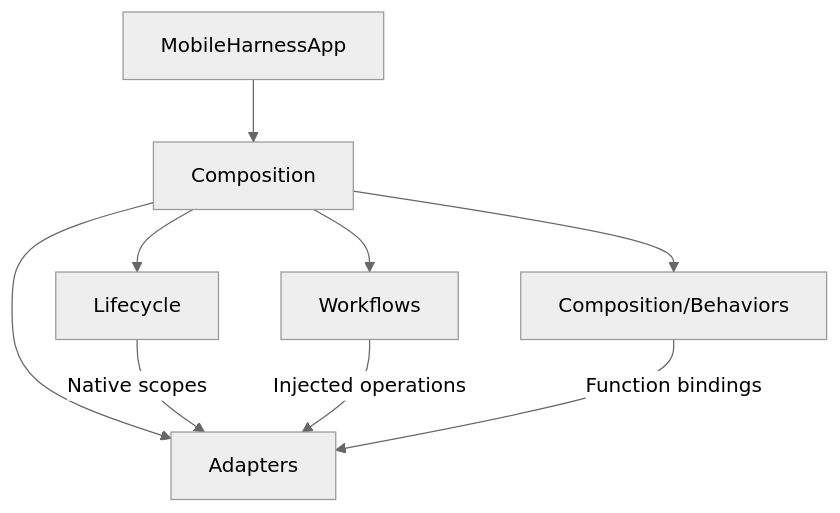
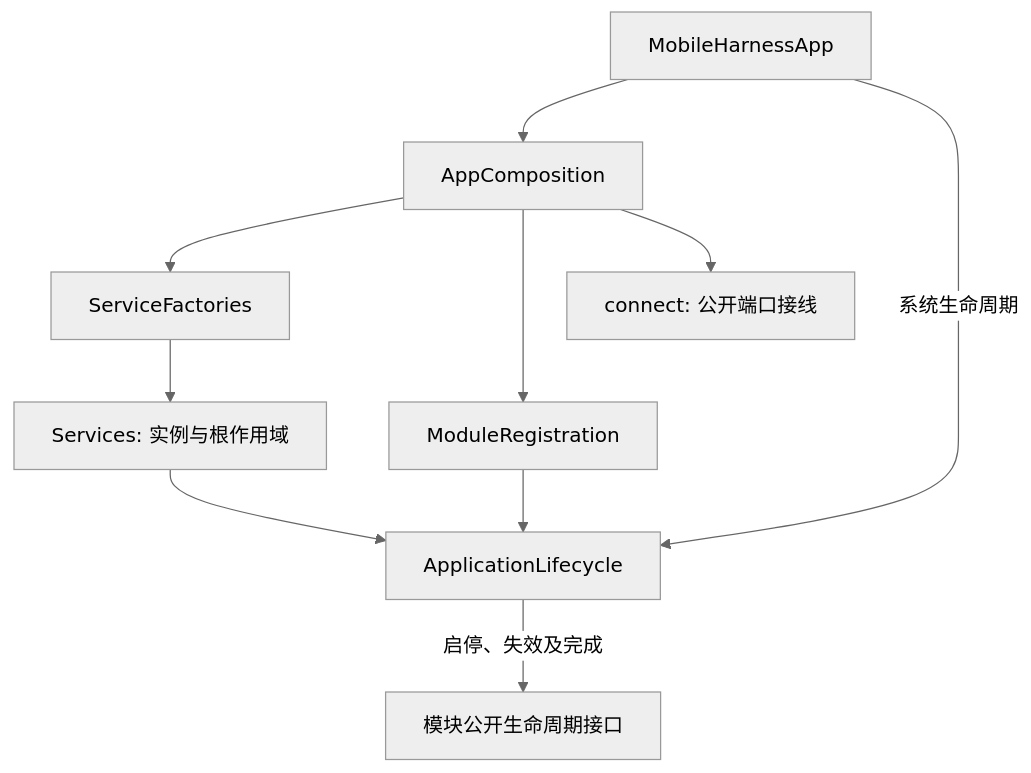
Before and after one commit to devilyouwei/MobileHarness: the second of 2 diagrams in MobileHarness/App/README.md, drawn with Mermaid (neutral theme). The commit also changed other lines of this file and 254 other files, not shown here.

First line of the commit message:
refactor: isolate app composition and module bindings

````diff
--- a/MobileHarness/App/README.md
+++ b/MobileHarness/App/README.md
@@ -32,11 +29,12 @@
 ```mermaid
-flowchart TD
- Entry[MobileHarnessApp] --> Composition
- Composition --> Lifecycle
- Composition --> Workflows
- Composition --> Behaviors[Composition/Behaviors]
- Composition --> Adapters
- Lifecycle -->|Native scopes| Adapters
- Workflows -->|Injected operations| Adapters
- Behaviors -->|Function bindings| Adapters
+flowchart TB
+ Entry[MobileHarnessApp] --> Composition[AppComposition]
+ Composition --> Factories[ServiceFactories]
+ Composition --> Registration[ModuleRegistration]
+ Composition --> Connections[connect: 公开端口接线]
+ Factories --> Services[Services: 实例与根作用域]
+ Registration --> Lifecycle[ApplicationLifecycle]
+ Entry -->|系统生命周期| Lifecycle
+ Services --> Lifecycle
+ Lifecycle -->|启停、失效及完成| Ports[模块公开生命周期接口]
 ```
````
